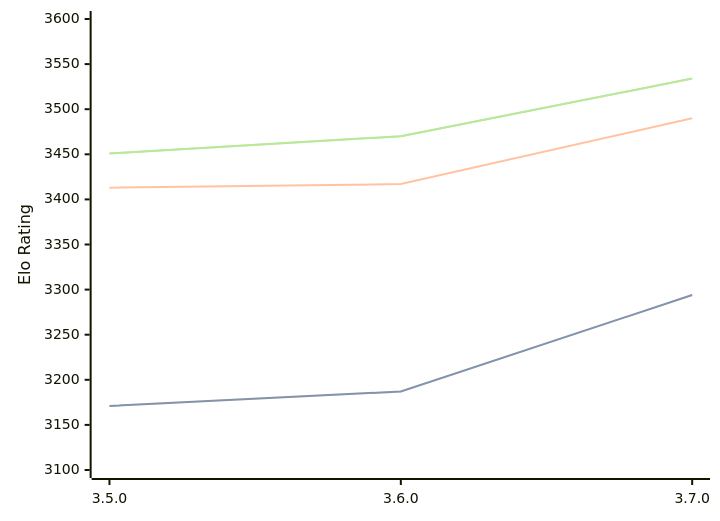
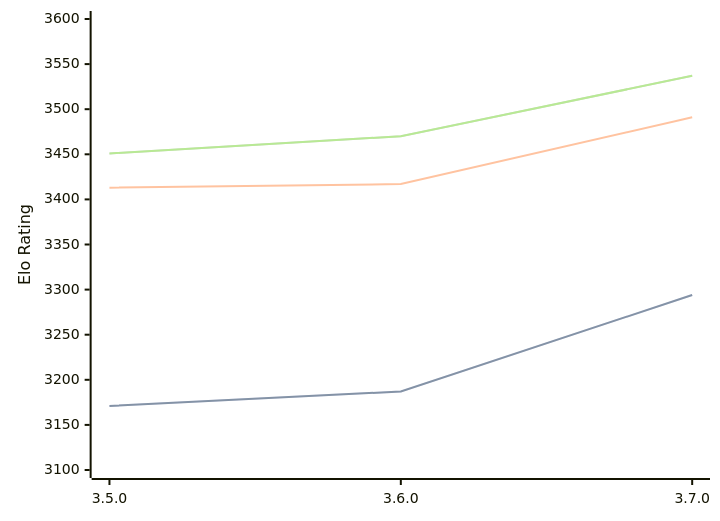
Before and after one commit to computer-chess-index/cci: the diagram in engines/Igel.md, drawn with Mermaid. The commit also changed other lines of this file, not shown here.

Commit message:
Update CCI Ratings (ELO VLTC) - 2026-10-07

````diff
--- a/engines/Igel.md
+++ b/engines/Igel.md
@@ -33,11 +33,11 @@
 ```mermaid
 %%{init: {"theme":"base","themeVariables":{"seriesColors:['#a3a3a3','#222221','#faa371']}}}%%
 xychart-beta
   x-axis ["3.5.0", "3.6.0", "3.7.0"]
   y-axis "Elo Rating" 3100 --> 3600
   line "" [3171, 3187, 3294]
   line "STC (8.0+0.08s)" [3171, 3187, 3294]
-  line "LTC (60.0+0.60s)" [3413, 3417, 3490]
-  line "" [3451, 3470, 3534]
-  line "VLTC (2m24s+1.12s)" [3451, 3470, 3534]
+  line "LTC (60.0+0.60s)" [3413, 3417, 3491]
+  line "" [3451, 3470, 3537]
+  line "VLTC (2m24s+1.12s)" [3451, 3470, 3537]
 ```
````
